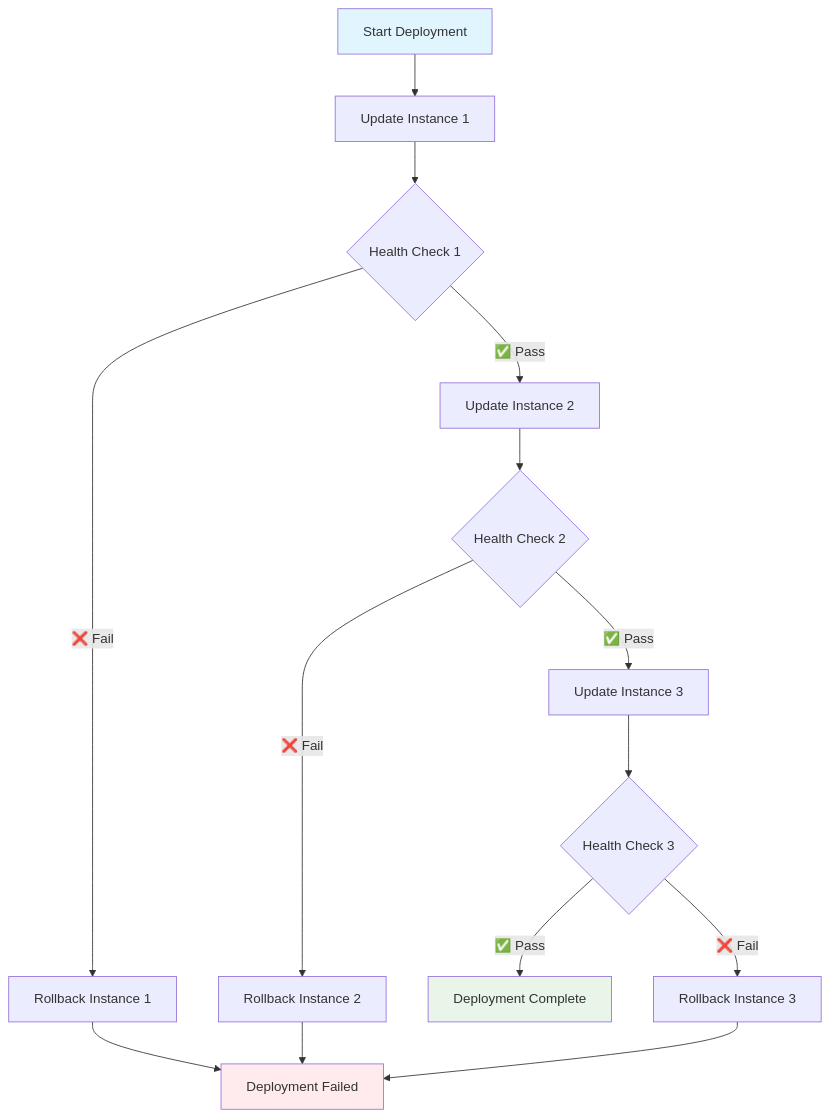
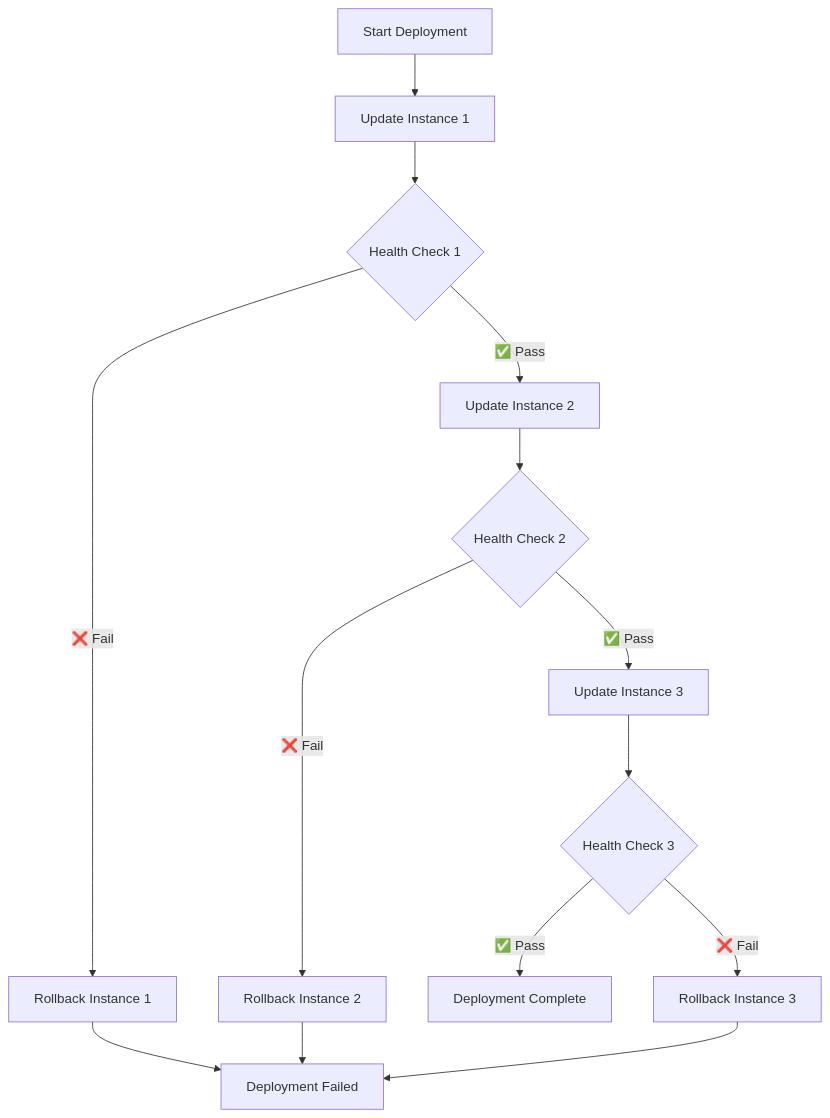
Before and after one commit to neKamita/Mirza-Telegram-Shop-Bot: the eighth of 10 diagrams in docs/DEPLOYMENT.md, drawn with Mermaid. The commit also changed other lines of this file and 2 other files, not shown here.

````diff
--- a/docs/DEPLOYMENT.md
+++ b/docs/DEPLOYMENT.md
@@ -307,23 +288,20 @@
 ```mermaid
 graph TD
     A[Start Deployment] --> B[Update Instance 1]
     B --> C{Health Check 1}
     C -->|✅ Pass| D[Update Instance 2]
     C -->|❌ Fail| E[Rollback Instance 1]
     
     D --> F{Health Check 2}
     F -->|✅ Pass| G[Update Instance 3]
     F -->|❌ Fail| H[Rollback Instance 2]
     
     G --> I{Health Check 3}
     I -->|✅ Pass| J[Deployment Complete]
     I -->|❌ Fail| K[Rollback Instance 3]
     
     E --> L[Deployment Failed]
     H --> L
     K --> L
     
-    style A fill:#e1f5fe
-    style J fill:#e8f5e8
-    style L fill:#ffebee
 ```
````
